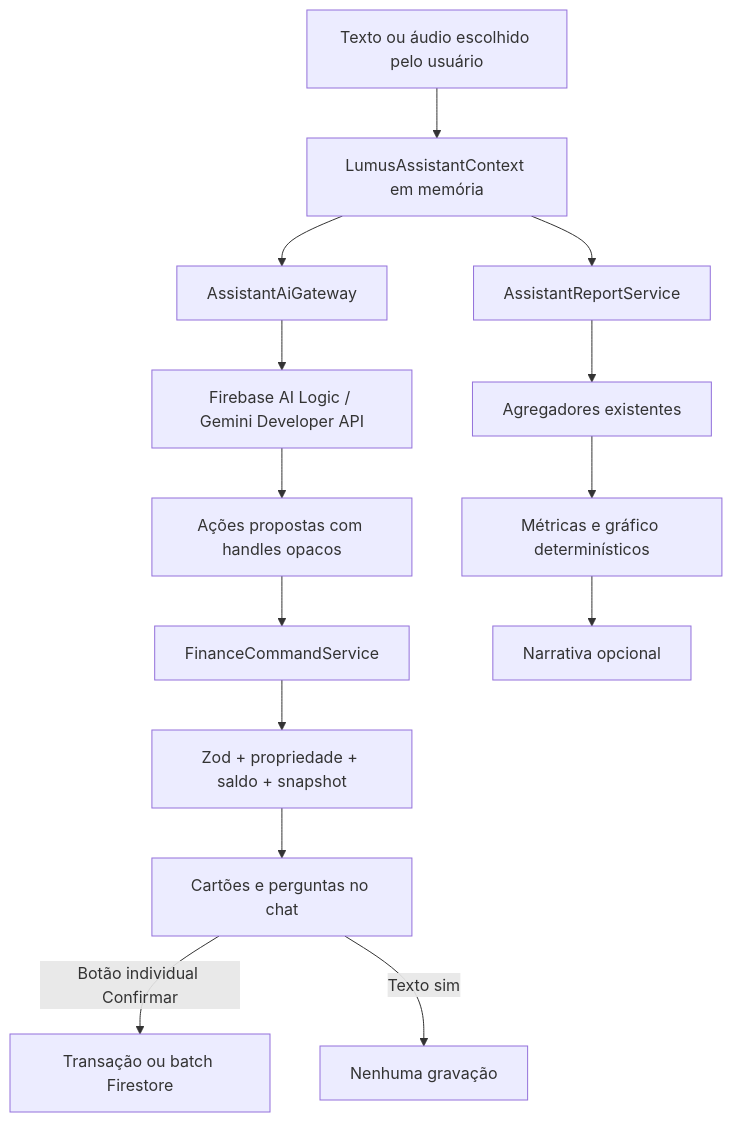
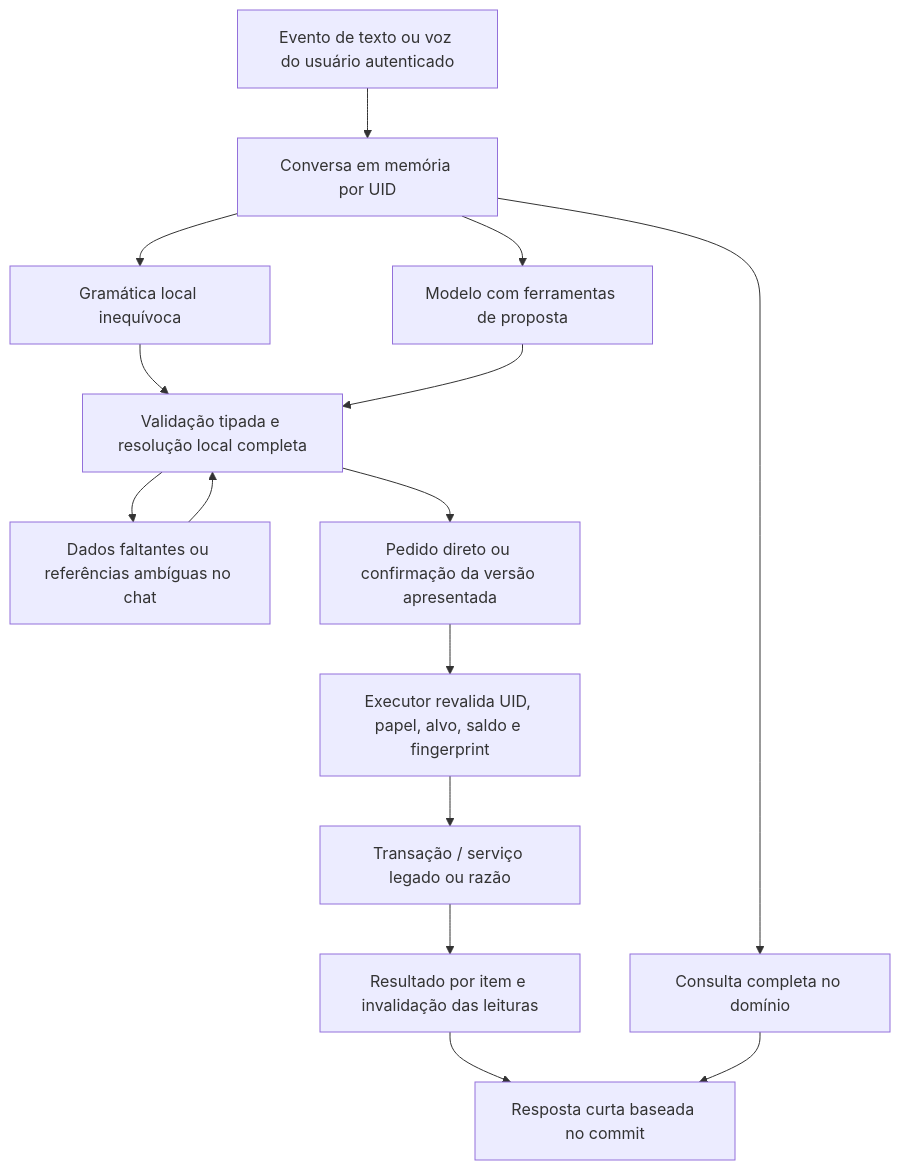
The diagram in Arquitetura/Assistente Lumus.md (gabrielmazz/finances-app), drawn with Mermaid before and after one commit. The commit also changed other lines of this file and 123 other files, not shown here.

Commit message:
NS61 - Review completa do Lumus AI, alteraçlões completas no sistema e no seu funcionamento, além de integrações com o sistema inteiro dentro da IA

````diff
--- a/Arquitetura/Assistente Lumus.md
+++ b/Arquitetura/Assistente Lumus.md
@@ -15,16 +17,17 @@
 ```mermaid
-graph TD
-    U[Texto ou áudio escolhido pelo usuário] --> C[LumusAssistantContext em memória]
-    C --> G[AssistantAiGateway]
-    G --> AI[Firebase AI Logic / Gemini Developer API]
-    AI --> P[Ações propostas com handles opacos]
-    P --> F[FinanceCommandService]
-    F --> V[Zod + propriedade + saldo + snapshot]
-    V --> D[Cartões e perguntas no chat]
-    D -->|Botão individual Confirmar| T[Transação ou batch Firestore]
-    D -->|Texto sim| N[Nenhuma gravação]
-    C --> R[AssistantReportService]
-    R --> A[Agregadores existentes]
-    A --> M[Métricas e gráfico determinísticos]
-    M --> AI2[Narrativa opcional]
+flowchart TD
+ U[Evento de texto ou voz do usuário autenticado] --> C[Conversa em memória por UID]
+ C --> L[Gramática local inequívoca]
+ C --> M[Modelo com ferramentas de proposta]
+ L --> V[Validação tipada e resolução local completa]
+ M --> V
+ V --> Q[Dados faltantes ou referências ambíguas no chat]
+ Q --> V
+ V --> A[Pedido direto ou confirmação da versão apresentada]
+ A --> E[Executor revalida UID, papel, alvo, saldo e fingerprint]
+ E --> P[Transação / serviço legado ou razão]
+ P --> I[Resultado por item e invalidação das leituras]
+ I --> R[Resposta curta baseada no commit]
+ C --> D[Consulta completa no domínio]
+ D --> R
 ```
````
